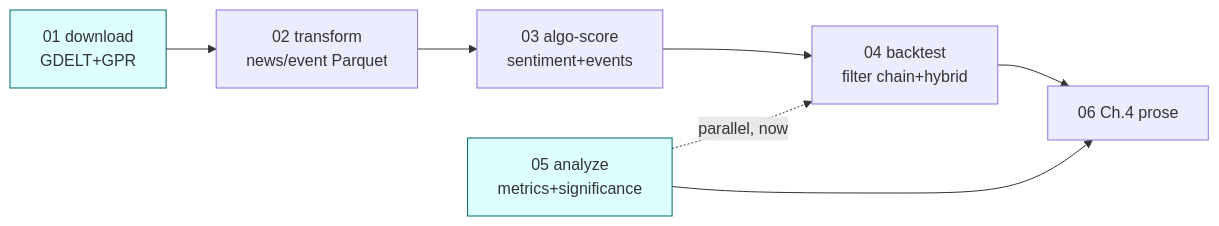
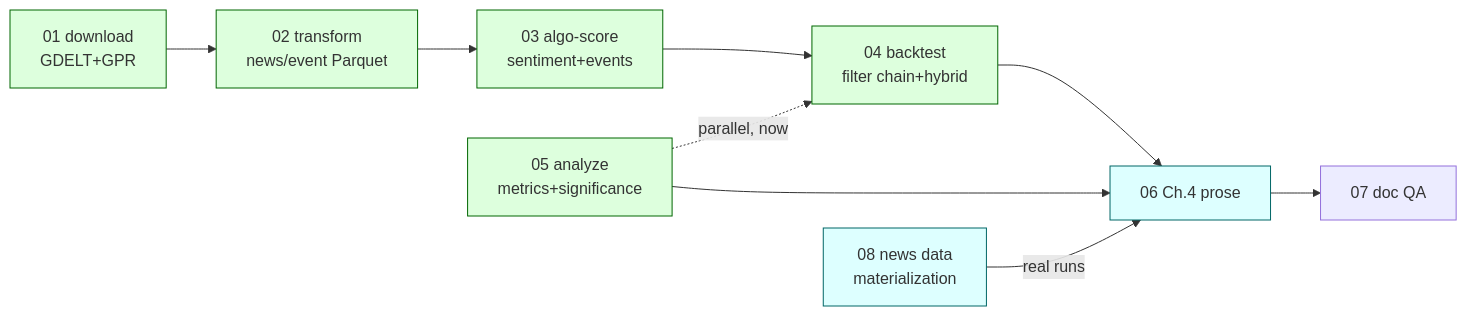
The diagram in algo-suite/docs/stories/00-PLAN.md (wbsouza/mba-icmc), drawn with Mermaid before and after one commit. The commit also changed other lines of this file and 43 other files, not shown here.

First line of the commit message:
docs: reconcile stories, tech debt, specs, architecture and thesis with the code

````diff
--- a/algo-suite/docs/stories/00-PLAN.md
+++ b/algo-suite/docs/stories/00-PLAN.md
@@ -270,11 +288,15 @@
 ```mermaid
 flowchart LR
     S01["01 download\nGDELT+GPR"] --> S02["02 transform\nnews/event Parquet"]
     S02 --> S03["03 algo-score\nsentiment+events"]
     S03 --> S04["04 backtest\nfilter chain+hybrid"]
     S04 --> S06["06 Ch.4 prose"]
     S05["05 analyze\nmetrics+significance"] -.parallel, now.-> S04
     S05 --> S06
+    S08["08 news data\nmaterialization"] -->|real runs| S06
+    S06 --> S07["07 doc QA"]
+    classDef done fill:#dfd,stroke:#060
     classDef now fill:#dff,stroke:#066
-    class S01,S05 now
+    class S01,S02,S03,S04,S05 done
+    class S06,S08 now
 ```
````
